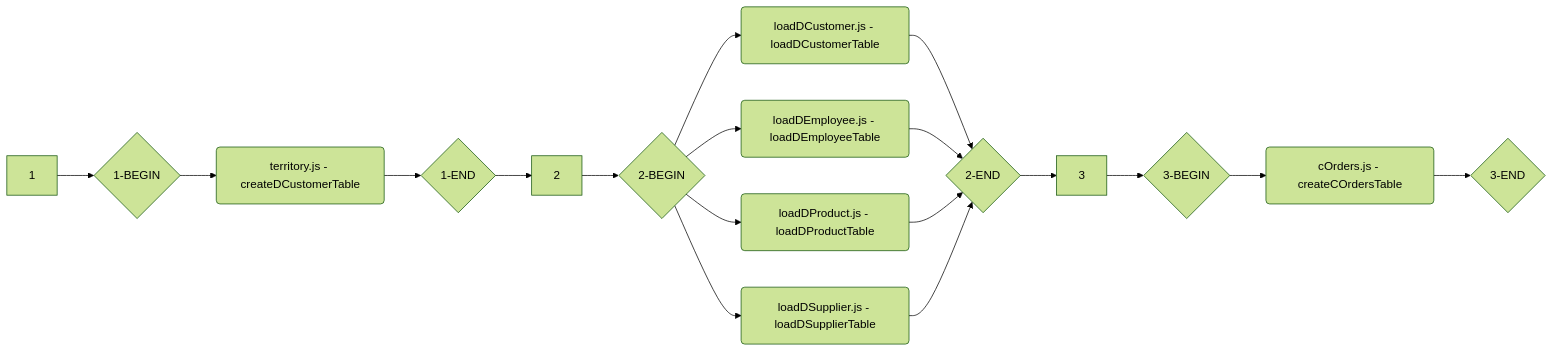
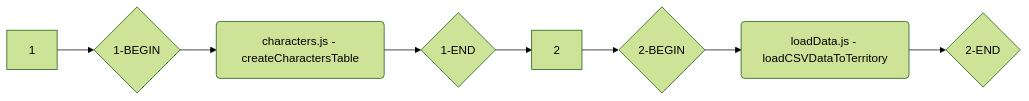
Before and after one commit to llazanja/node-etl-fluent: the diagram in flowchart/input.mmd, drawn with Mermaid (forest theme). The commit also changed 10 other files, not shown here.

```diff
--- a/flowchart/input.mmd
+++ b/flowchart/input.mmd
@@ -1,18 +1,8 @@
 graph LR
    1-->1BEGIN{1-BEGIN}
-   1BEGIN{1-BEGIN}-->territory.js(territory.js - createDCustomerTable)
-   territory.js(territory.js - createDCustomerTable)-->1END{1-END}
+   1BEGIN{1-BEGIN}-->characters.js(characters.js - createCharactersTable)
+   characters.js(characters.js - createCharactersTable)-->1END{1-END}
    1END{1-END}-->2
    2-->2BEGIN{2-BEGIN}
-   2BEGIN{2-BEGIN}-->loadDCustomer.js(loadDCustomer.js - loadDCustomerTable)
-   2BEGIN{2-BEGIN}-->loadDEmployee.js(loadDEmployee.js - loadDEmployeeTable)
-   2BEGIN{2-BEGIN}-->loadDProduct.js(loadDProduct.js - loadDProductTable)
-   2BEGIN{2-BEGIN}-->loadDSupplier.js(loadDSupplier.js - loadDSupplierTable)
-   loadDCustomer.js(loadDCustomer.js - loadDCustomerTable)-->2END{2-END}
-   loadDEmployee.js(loadDEmployee.js - loadDEmployeeTable)-->2END{2-END}
-   loadDProduct.js(loadDProduct.js - loadDProductTable)-->2END{2-END}
-   loadDSupplier.js(loadDSupplier.js - loadDSupplierTable)-->2END{2-END}
-   2END{2-END}-->3
-   3-->3BEGIN{3-BEGIN}
-   3BEGIN{3-BEGIN}-->cOrders.js(cOrders.js - createCOrdersTable)
-   cOrders.js(cOrders.js - createCOrdersTable)-->3END{3-END}
+   2BEGIN{2-BEGIN}-->loadData.js(loadData.js - loadCSVDataToTerritory)
+   loadData.js(loadData.js - loadCSVDataToTerritory)-->2END{2-END}
```
